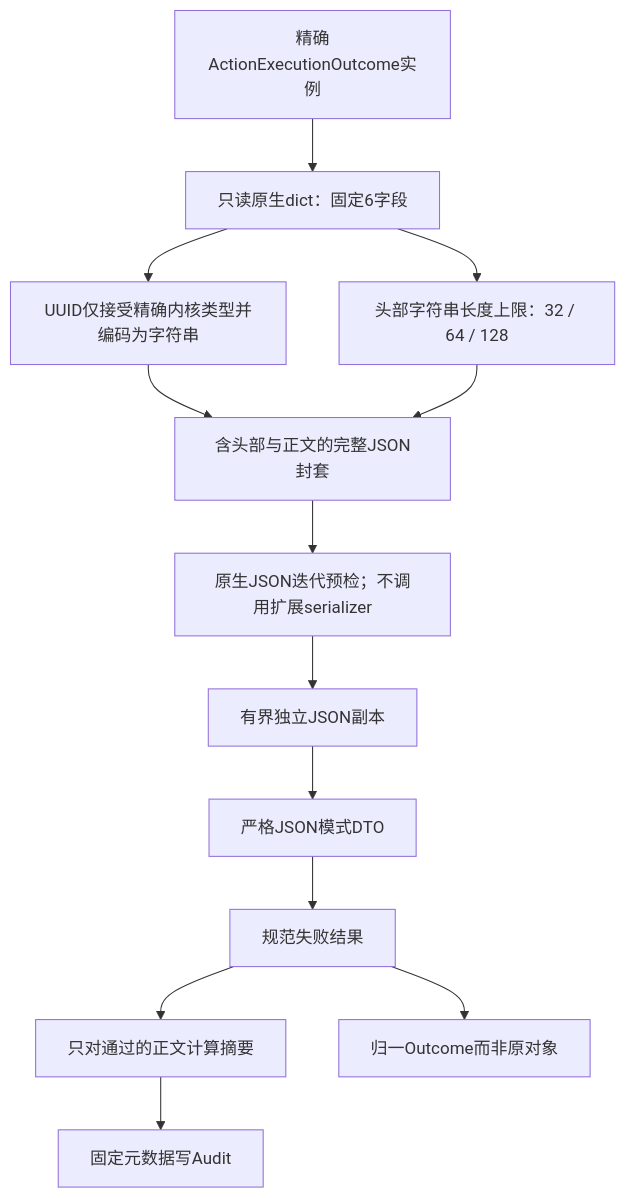
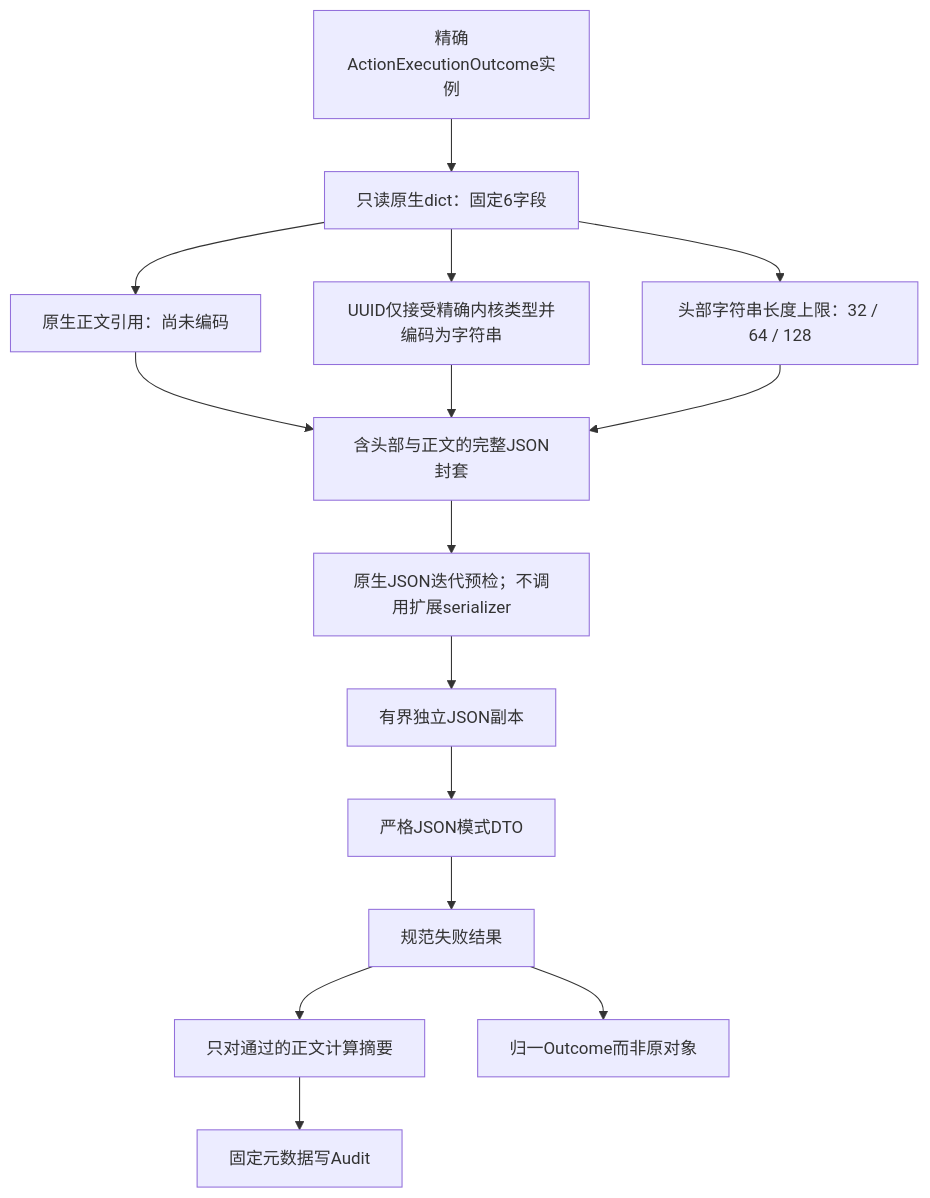
One commit to carrie1988/Harnessix changed the fourth of 4 diagrams in docs/changes/m09-4a-executor-output-budget.md. Above: the diagram before and after it, drawn with Mermaid. The commit also changed other lines of this file and 13 other files, not shown here.

````diff
--- a/docs/changes/m09-4a-executor-output-budget.md
+++ b/docs/changes/m09-4a-executor-output-budget.md
@@ -162,15 +162,17 @@
 ```mermaid
 flowchart TD
     Instance[精确ActionExecutionOutcome实例] --> Fields[只读原生dict：固定6字段]
+    Fields --> Body[原生正文引用：尚未编码]
+    Body --> Envelope
     Fields --> UUID[UUID仅接受精确内核类型并编码为字符串]
     Fields --> Strings[头部字符串长度上限：32 / 64 / 128]
     UUID --> Envelope[含头部与正文的完整JSON封套]
     Strings --> Envelope
     Envelope --> Inspect[原生JSON迭代预检；不调用扩展serializer]
     Inspect --> Clone[有界独立JSON副本]
     Clone --> Validate[严格JSON模式DTO]
     Validate --> Normalize[规范失败结果]
     Normalize --> Hash[只对通过的正文计算摘要]
     Hash --> Audit[固定元数据写Audit]
     Normalize --> Gateway[归一Outcome而非原对象]
 ```
````
